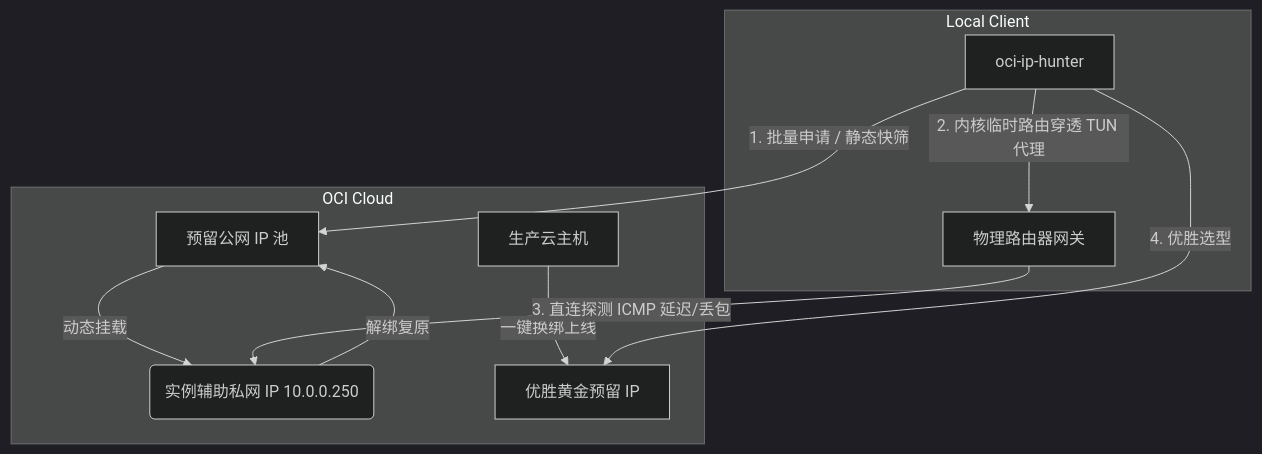
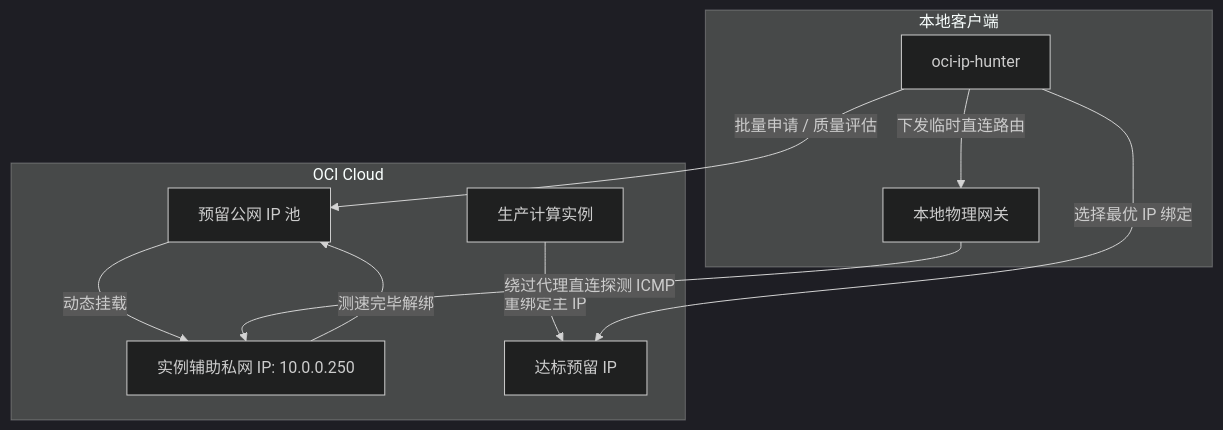
The diagram in README.md (WMGray/oci-ip-hunter), drawn with Mermaid (dark theme) before and after one commit. The commit also changed other lines of this file and 3 other files, not shown here.

````diff
--- a/README.md
+++ b/README.md
@@ -27,15 +25,15 @@
 ```mermaid
 flowchart TD
     subgraph OCI Cloud
-        A[预留公网 IP 池] -->|动态挂载| B(实例辅助私网 IP 10.0.0.250)
-        B -->|解绑复原| A
-        C[生产云主机] -->|一键换绑上线| D[优胜黄金预留 IP]
+        A["预留公网 IP 池"] -->|动态挂载| B["实例辅助私网 IP: 10.0.0.250"]
+        B -->|测速完毕解绑| A
+        C["生产计算实例"] -->|重绑定主 IP| D["达标预留 IP"]
     end
 
-    subgraph Local Client
-        E[oci-ip-hunter] -->|1. 批量申请 / 静态快筛| A
-        E -->|2. 内核临时路由穿透 TUN 代理| F[物理路由器网关]
-        F -->|3. 直连探测 ICMP 延迟/丢包| B
-        E -->|4. 优胜选型| D
+    subgraph 本地客户端
+        E["oci-ip-hunter"] -->|批量申请 / 质量评估| A
+        E -->|下发临时直连路由| F["本地物理网关"]
+        F -->|绕过代理直连探测 ICMP| B
+        E -->|选择最优 IP 绑定| D
     end
 ```
````
